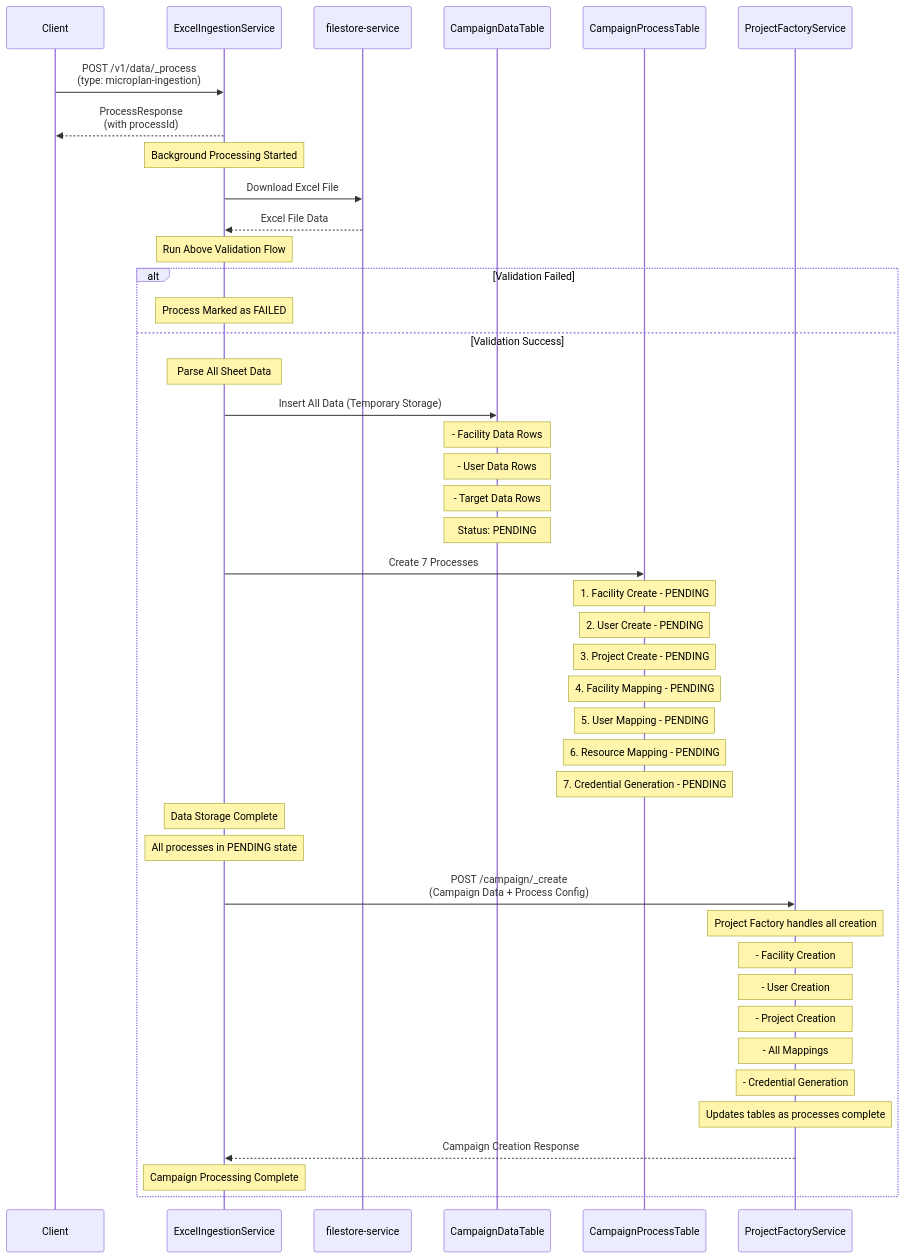
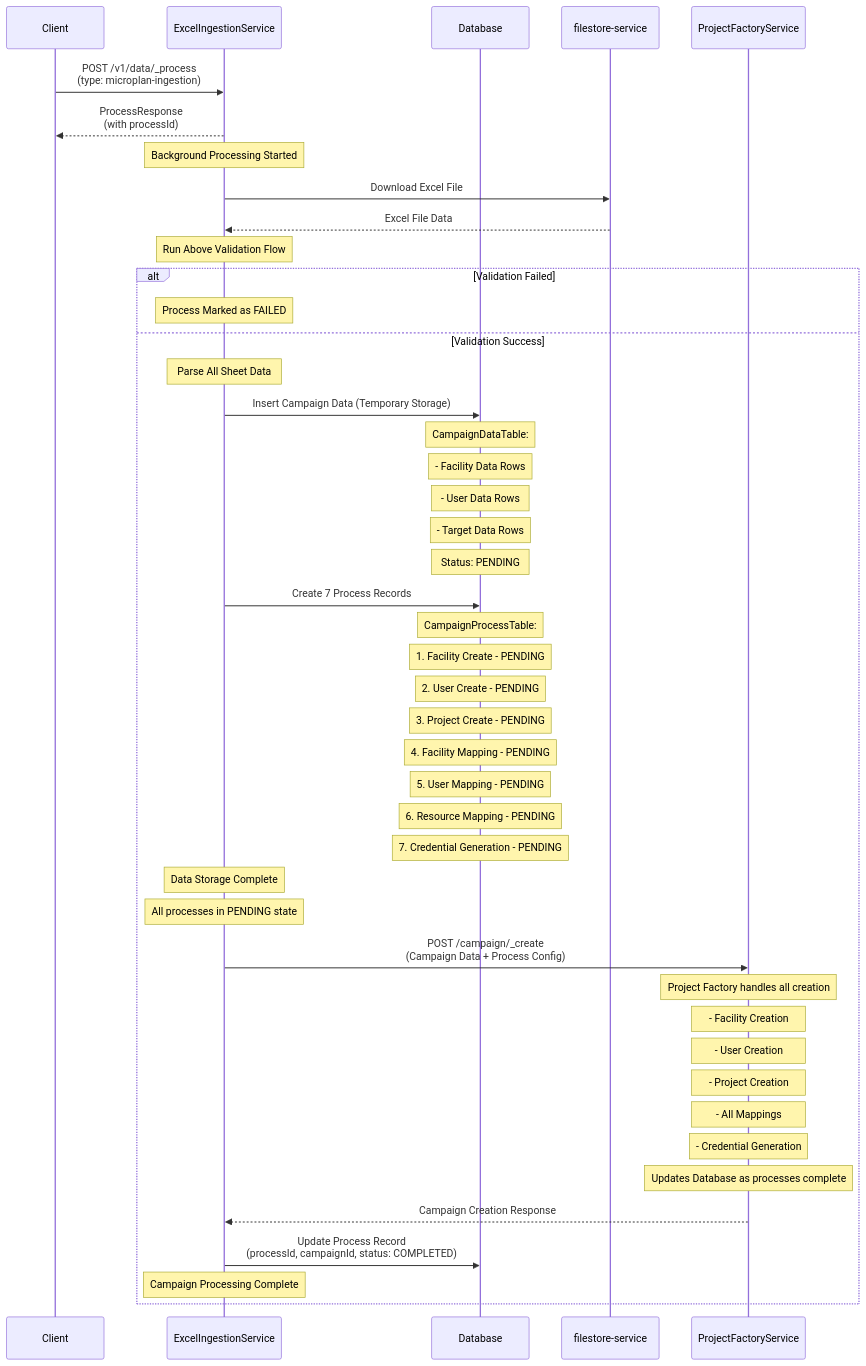
One commit to ashish-egov/campaign-whole-sheet-ingestion changed the third of 3 diagrams in tempDesign.md. Above: the diagram before and after it, drawn with Mermaid. The commit also changed other lines of this file, not shown here.

````diff
--- a/tempDesign.md
+++ b/tempDesign.md
@@ -83,59 +89,62 @@
 ```mermaid
 sequenceDiagram
     participant Client
     participant ExcelIngestionService
+    participant Database
     participant filestore-service
-    participant CampaignDataTable
-    participant CampaignProcessTable
     participant ProjectFactoryService
     
     Client->>ExcelIngestionService: POST /v1/data/_process<br/>(type: microplan-ingestion)
     
     ExcelIngestionService-->>Client: ProcessResponse<br/>(with processId)
     
     Note over ExcelIngestionService: Background Processing Started
     
     ExcelIngestionService->>filestore-service: Download Excel File
     filestore-service-->>ExcelIngestionService: Excel File Data
     
     Note over ExcelIngestionService: Run Above Validation Flow
     
     alt Validation Failed
         Note over ExcelIngestionService: Process Marked as FAILED
     else Validation Success
     
         Note over ExcelIngestionService: Parse All Sheet Data
         
-        ExcelIngestionService->>CampaignDataTable: Insert All Data (Temporary Storage)
-        Note over CampaignDataTable: - Facility Data Rows
-        Note over CampaignDataTable: - User Data Rows  
-        Note over CampaignDataTable: - Target Data Rows
-        Note over CampaignDataTable: Status: PENDING
+        ExcelIngestionService->>Database: Insert Campaign Data (Temporary Storage)
+        Note over Database: CampaignDataTable:
+        Note over Database: - Facility Data Rows
+        Note over Database: - User Data Rows  
+        Note over Database: - Target Data Rows
+        Note over Database: Status: PENDING
         
-        ExcelIngestionService->>CampaignProcessTable: Create 7 Processes
-        Note over CampaignProcessTable: 1. Facility Create - PENDING
-        Note over CampaignProcessTable: 2. User Create - PENDING
-        Note over CampaignProcessTable: 3. Project Create - PENDING
-        Note over CampaignProcessTable: 4. Facility Mapping - PENDING
-        Note over CampaignProcessTable: 5. User Mapping - PENDING
-        Note over CampaignProcessTable: 6. Resource Mapping - PENDING
-        Note over CampaignProcessTable: 7. Credential Generation - PENDING
+        ExcelIngestionService->>Database: Create 7 Process Records
+        Note over Database: CampaignProcessTable:
+        Note over Database: 1. Facility Create - PENDING
+        Note over Database: 2. User Create - PENDING
+        Note over Database: 3. Project Create - PENDING
+        Note over Database: 4. Facility Mapping - PENDING
+        Note over Database: 5. User Mapping - PENDING
+        Note over Database: 6. Resource Mapping - PENDING
+        Note over Database: 7. Credential Generation - PENDING
         
         Note over ExcelIngestionService: Data Storage Complete
         Note over ExcelIngestionService: All processes in PENDING state
         
         ExcelIngestionService->>ProjectFactoryService: POST /campaign/_create<br/>(Campaign Data + Process Config)
         
         Note over ProjectFactoryService: Project Factory handles all creation
         Note over ProjectFactoryService: - Facility Creation
         Note over ProjectFactoryService: - User Creation  
         Note over ProjectFactoryService: - Project Creation
         Note over ProjectFactoryService: - All Mappings
         Note over ProjectFactoryService: - Credential Generation
-        Note over ProjectFactoryService: Updates tables as processes complete
+        Note over ProjectFactoryService: Updates Database as processes complete
         
         ProjectFactoryService-->>ExcelIngestionService: Campaign Creation Response
+        
+        ExcelIngestionService->>Database: Update Process Record<br/>(processId, campaignId, status: COMPLETED)
         
         Note over ExcelIngestionService: Campaign Processing Complete
     end
 ```
````
